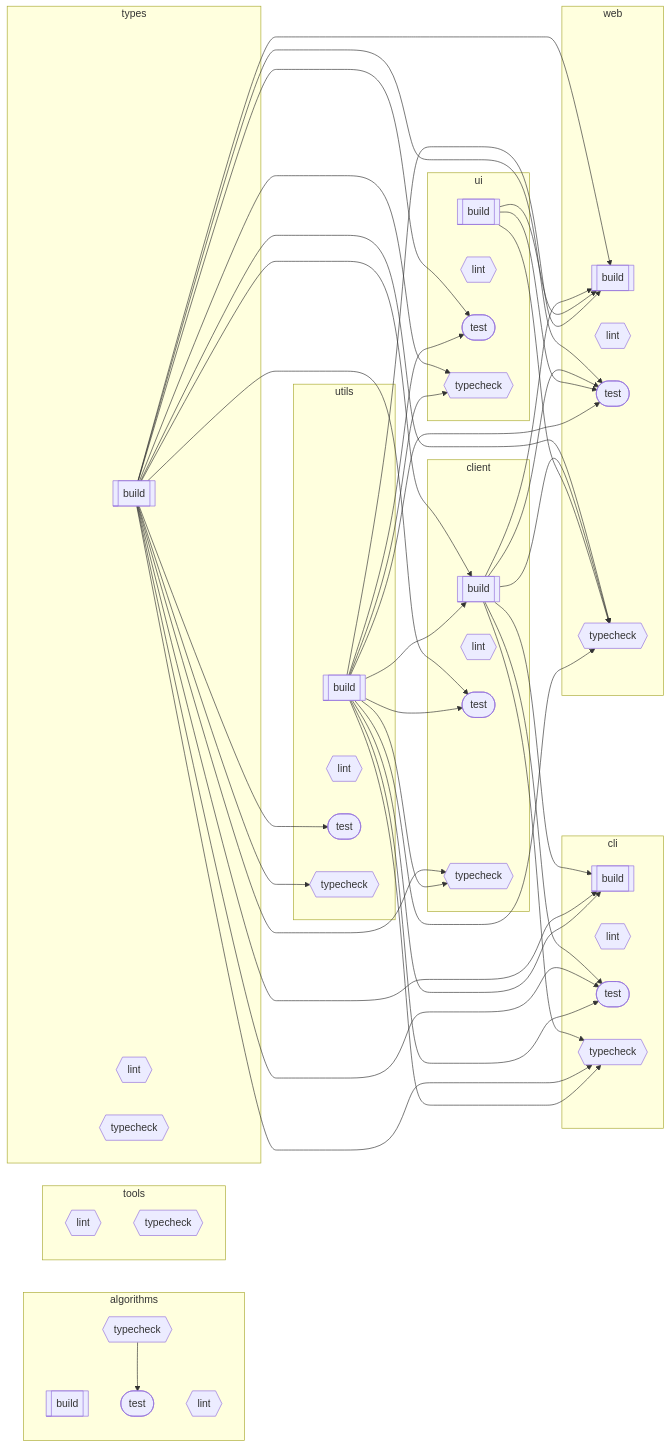
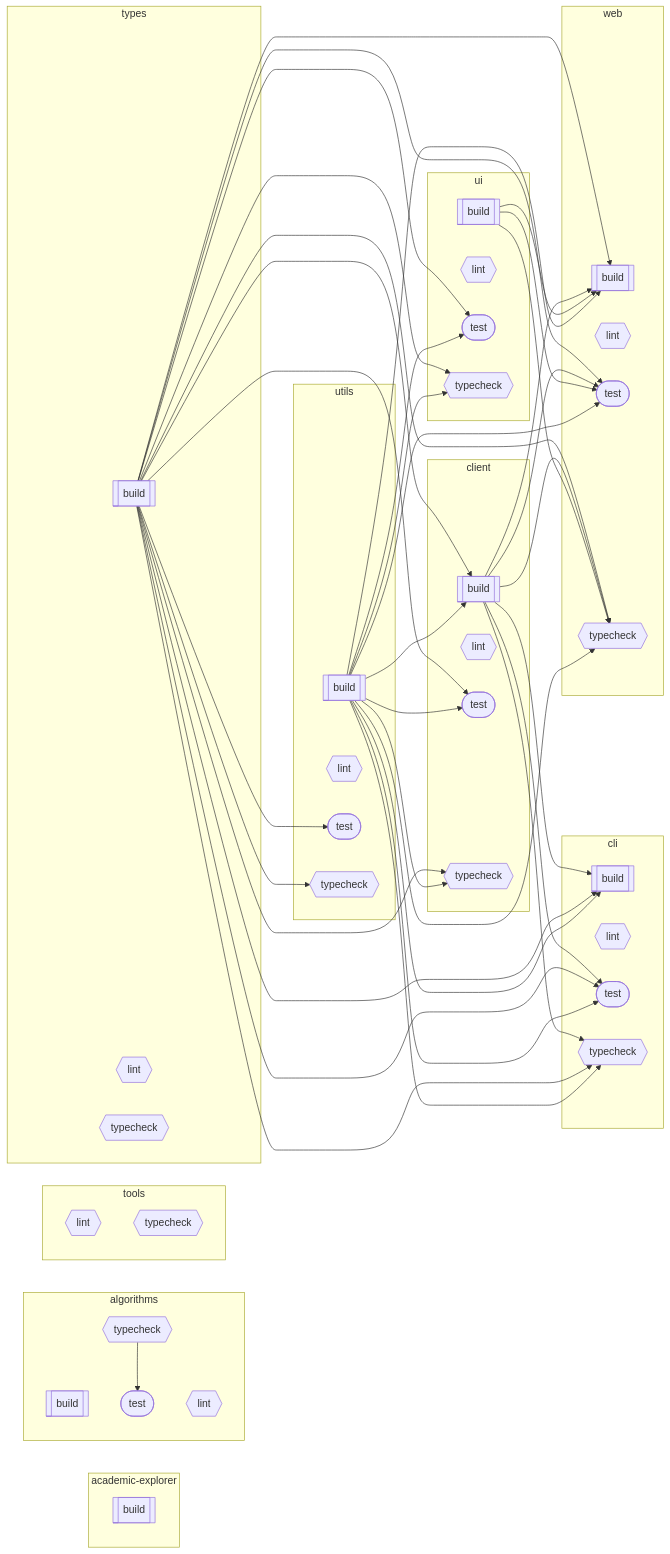
One commit to Mearman/Academic-Explorer changed the diagram in README.md. Above: the diagram before and after it, drawn with Mermaid. The commit also changed 37 other files, not shown here.

````diff
--- a/README.md
+++ b/README.md
@@ -90,5 +90,9 @@
 ```mermaid
 flowchart LR
+
+    subgraph academic_explorer["academic-explorer"]
+        academic_explorer_build[["build"]]
+    end
 
     subgraph algorithms["algorithms"]
         algorithms_build[["build"]]
````
